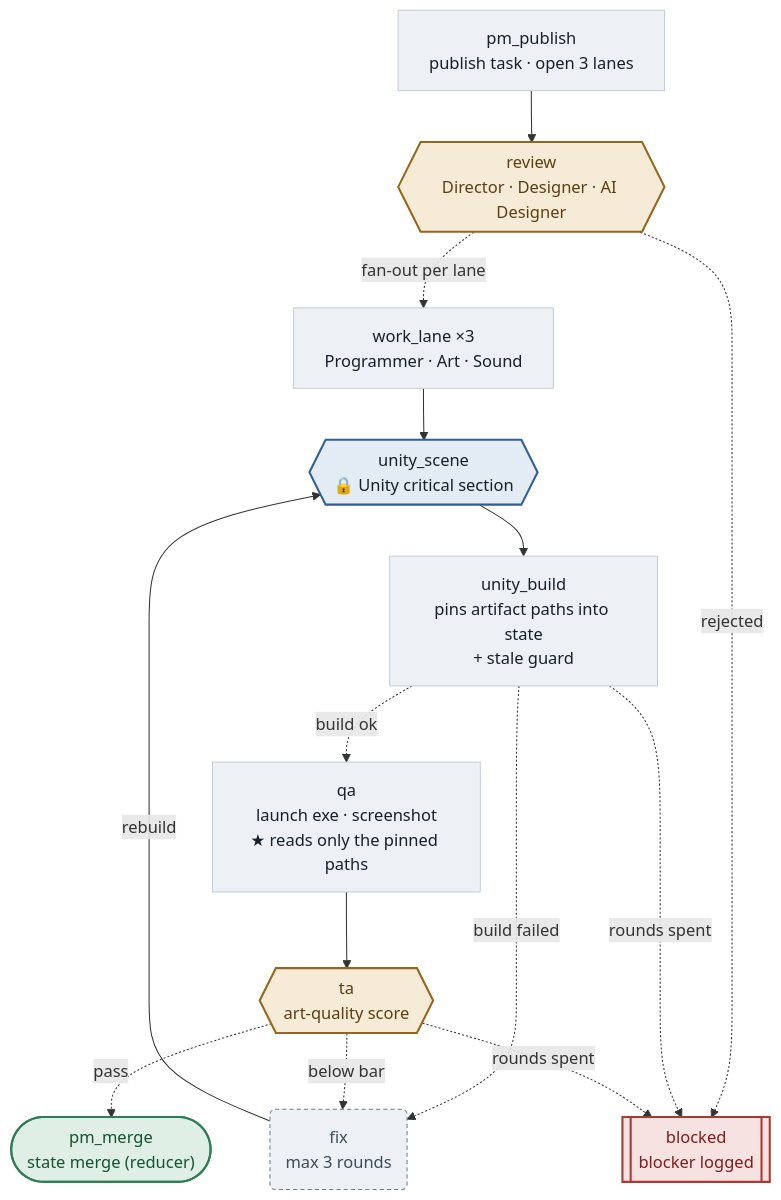
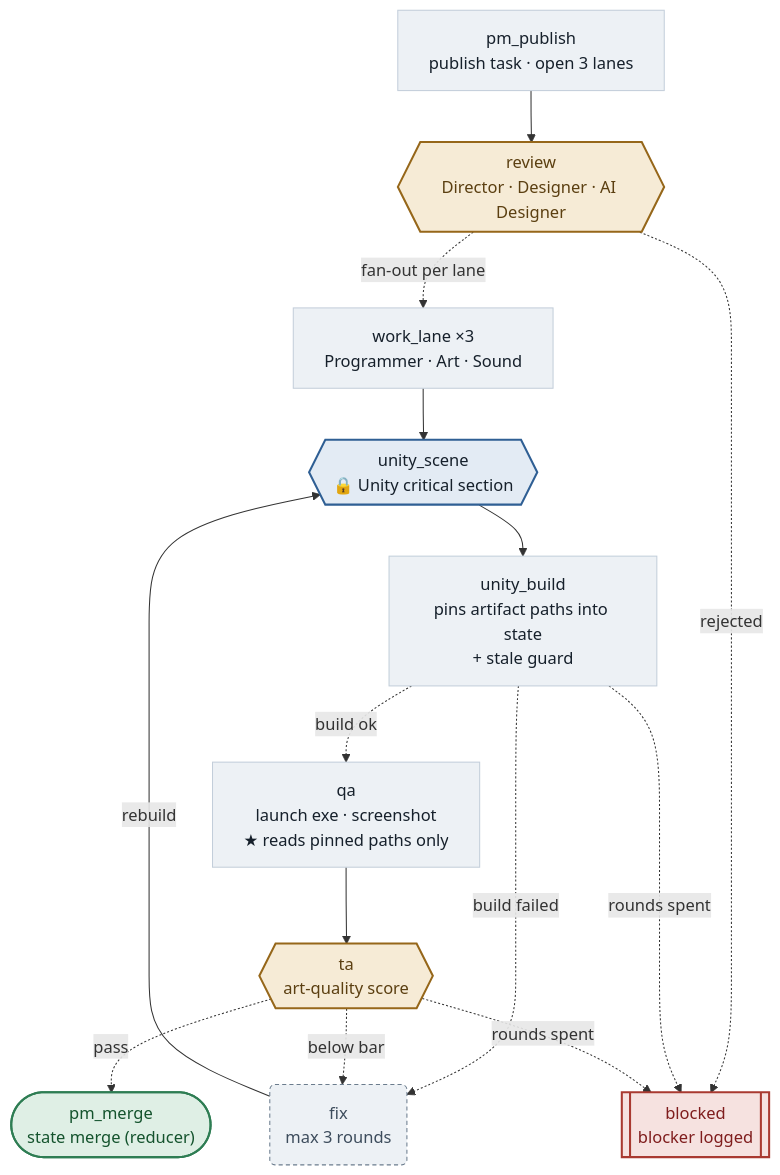
The second of 3 diagrams in README.md (MelonS/MelonS-Agents), drawn with Mermaid before and after one commit. The commit also changed other lines of this file and 3 other files, not shown here.

````diff
--- a/README.md
+++ b/README.md
@@ -145,41 +145,41 @@
 ```mermaid
 flowchart TD
   pm_publish["pm_publish<br/>publish task · open 3 lanes"]
   review{{"review<br/>Director · Designer · AI Designer"}}
   work_lane["work_lane ×3<br/>Programmer · Art · Sound"]
   unity_scene{{"unity_scene<br/>🔒 Unity critical section"}}
   unity_build["unity_build<br/>pins artifact paths into state<br/>+ stale guard"]
-  qa["qa<br/>launch exe · screenshot<br/>★ reads only the pinned paths"]
+  qa["qa<br/>launch exe · screenshot<br/>★ reads pinned paths only"]
   ta{{"ta<br/>art-quality score"}}
   fix("fix<br/>max 3 rounds")
   pm_merge(["pm_merge<br/>state merge (reducer)"])
   blocked[["blocked<br/>blocker logged"]]
 
   pm_publish --> review
   review -. "fan-out per lane" .-> work_lane
   review -. "rejected" .-> blocked
   work_lane --> unity_scene
   unity_scene --> unity_build
   unity_build -. "build ok" .-> qa
   unity_build -. "build failed" .-> fix
   unity_build -. "rounds spent" .-> blocked
   qa --> ta
   ta -. "below bar" .-> fix
   ta -. "pass" .-> pm_merge
   ta -. "rounds spent" .-> blocked
   fix -- "rebuild" --> unity_scene
 
   classDef step fill:#EDF1F5,stroke:#C3CEDA,stroke-width:1px,color:#16202B
   classDef gate fill:#F6EBD6,stroke:#96671A,stroke-width:2px,color:#5B3F11
   classDef mutex fill:#E3EBF4,stroke:#2F5F94,stroke-width:2px,color:#16202B
   classDef human fill:#E3EBF4,stroke:#2F5F94,stroke-width:2px,color:#16202B
   classDef retry fill:#EDF1F5,stroke:#6B7C8D,stroke-width:1px,stroke-dasharray:4 3,color:#3D4C5C
   classDef done fill:#DFEFE5,stroke:#2E7D53,stroke-width:2px,color:#14532D
   classDef stop fill:#F6E2E0,stroke:#A93A31,stroke-width:2px,color:#7F1D1D
   class pm_publish,qa,unity_build,work_lane step
   class review,ta gate
   class unity_scene mutex
   class fix retry
   class pm_merge done
   class blocked stop
 ```
````
